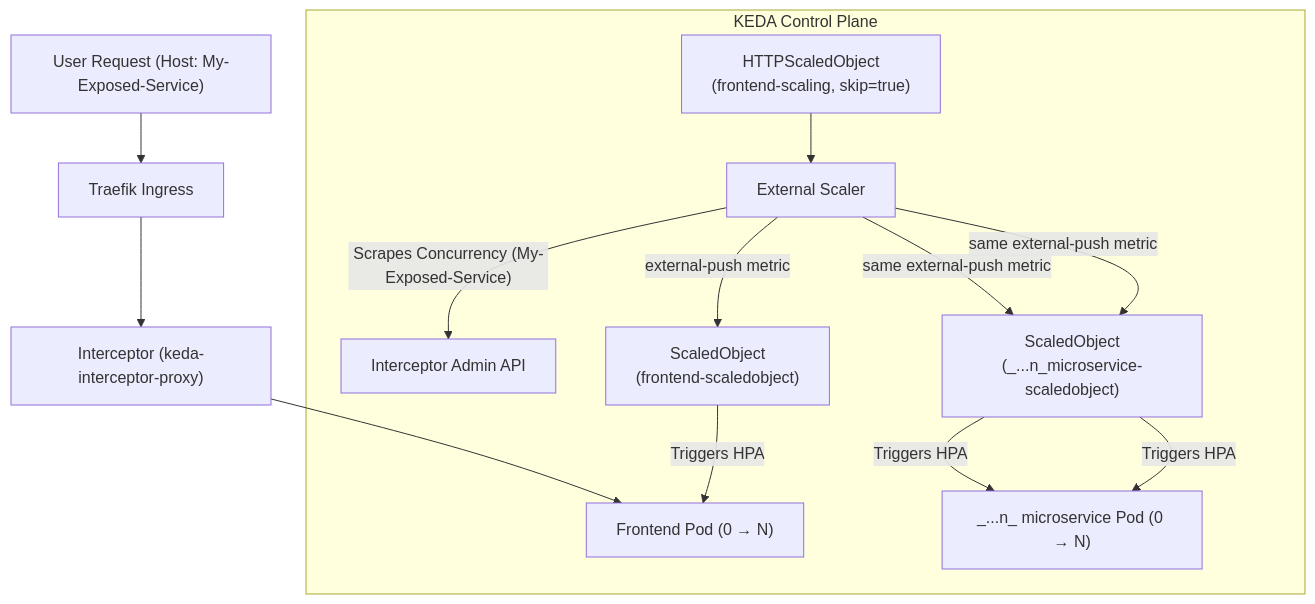
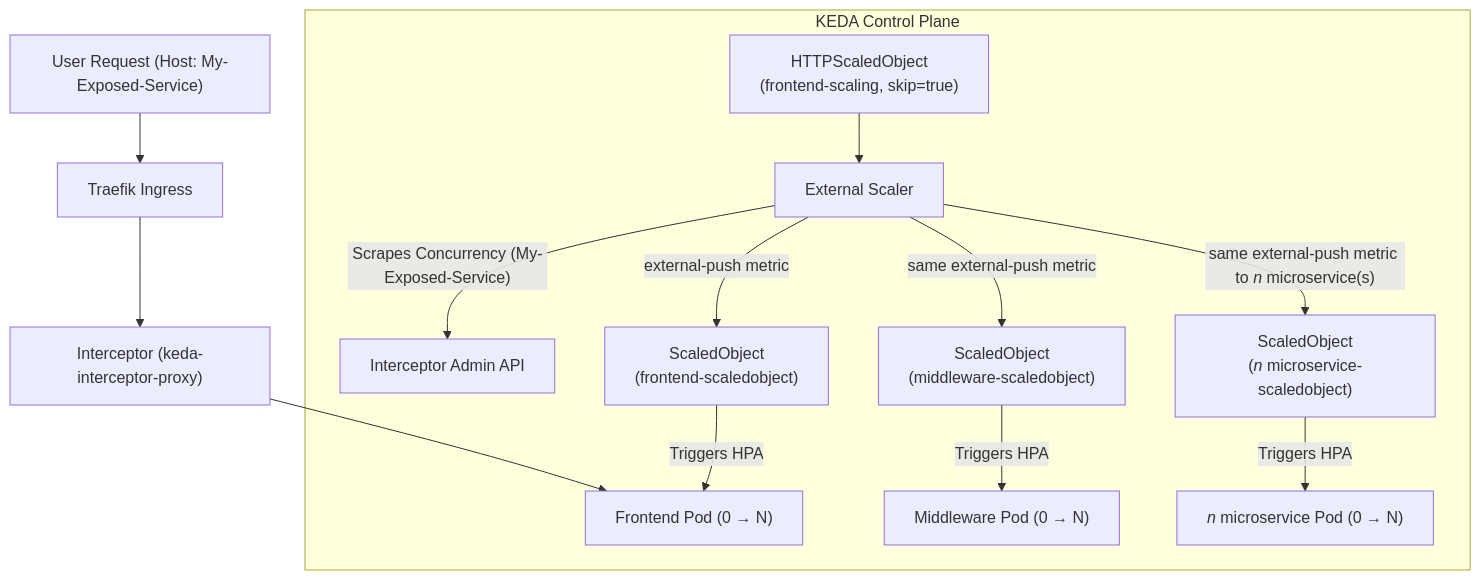
One commit to greenorchid/greenorchid.github.io changed the diagram in src/lib/blog/posts/keda-and-scaling-k8s.md. Above: the diagram before and after it, drawn with Mermaid.

Commit message:
fix node labels on mermaid chart

````diff
--- a/src/lib/blog/posts/keda-and-scaling-k8s.md
+++ b/src/lib/blog/posts/keda-and-scaling-k8s.md
@@ -141,17 +141,17 @@
 ```mermaid
 graph TD
     User["User Request (Host: My-Exposed-Service)"] --> Traefik["Traefik Ingress"]
     Traefik --> Proxy["Interceptor (keda-interceptor-proxy)"]
     Proxy --> PodFE["Frontend Pod (0 → N)"]
 
     subgraph "KEDA Control Plane"
         Scaler["External Scaler"] -- "Scrapes Concurrency (My-Exposed-Service)" --> Admin["Interceptor Admin API"]
         HTTPObj["HTTPScaledObject\n(frontend-scaling, skip=true)"] --> Scaler
         Scaler -- "external-push metric" --> SO_FE["ScaledObject\n(frontend-scaledobject)"]
         Scaler -- "same external-push metric" --> SO_MW["ScaledObject\n(middleware-scaledobject)"]
-        Scaler -- "same external-push metric" --> SO_MW["ScaledObject\n(_...n_microservice-scaledobject)"]
+        Scaler -- "same external-push metric to <i>n</i> microservice(s)" --> SO_MSn["ScaledObject\n(<i>n</i> microservice-scaledobject)"]
         SO_FE -- "Triggers HPA" --> PodFE
         SO_MW -- "Triggers HPA" --> PodMW["Middleware Pod (0 → N)"]
-        SO_MW -- "Triggers HPA" --> PodMW["_...n_ microservice Pod (0 → N)"]
+        SO_MSn -- "Triggers HPA" --> PodMSn["<i>n</i> microservice Pod (0 → N)"]
     end
 ```
````
